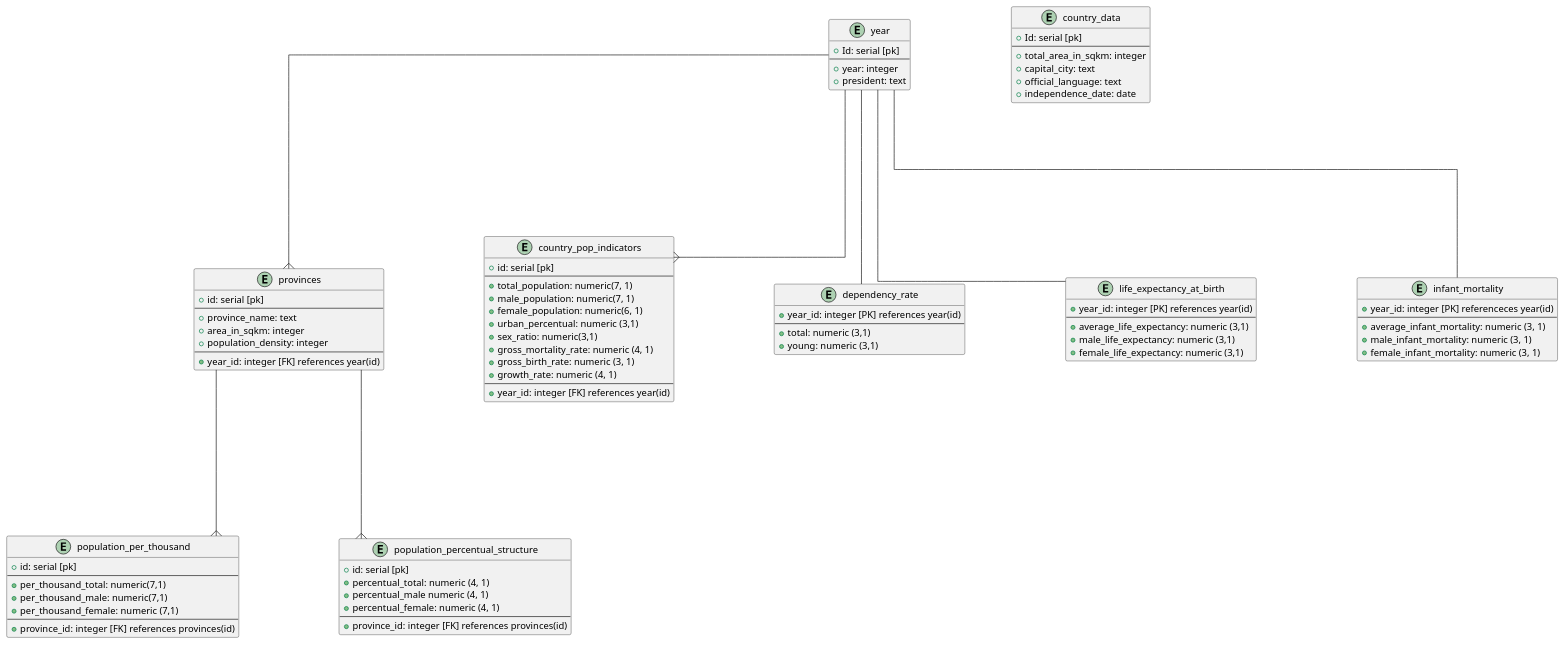
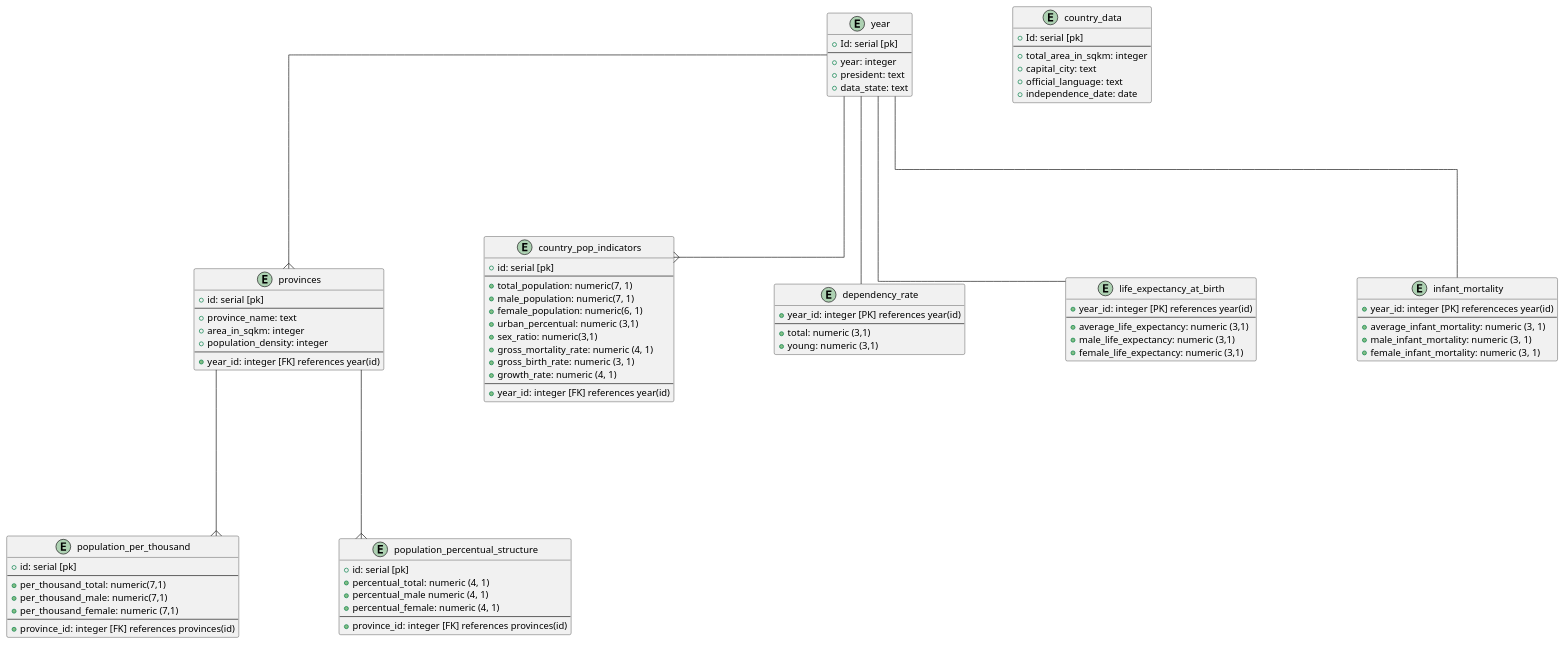
Before and after one commit to therakius/moz-demog-api: the diagram in dbschema.puml, drawn with PlantUML. The commit also changed 2 other files, not shown here.

```diff
--- a/dbschema.puml
+++ b/dbschema.puml
@@ -1,107 +1,108 @@
 @startuml moz_database
 skinparam {
     Nodesep 150
     Ranksep 200
     Linetype ortho
 }
 
 skinparam entity {
     BackgroundColor LightBlue
     FontSize 14
     ArrowThickness 1
 }
 
 entity year {
     + Id: serial [pk]
     --
     + year: integer
     + president: text
+    + data_state: text
 }
 
 entity country_data {
     + Id: serial [pk]
     --
     + total_area_in_sqkm: integer
     + capital_city: text
     + official_language: text
     + independence_date: date
 }
 
 entity provinces {
    + id: serial [pk]
    --
    + province_name: text
    + area_in_sqkm: integer
    + population_density: integer
    --
    + year_id: integer [FK] references year(id)
 }
 
 entity population_per_thousand{
     + id: serial [pk]
     --
     + per_thousand_total: numeric(7,1)
     + per_thousand_male: numeric(7,1)
     + per_thousand_female: numeric (7,1)
     --
     + province_id: integer [FK] references provinces(id)
 }
 
 entity population_percentual_structure {
     + id: serial [pk]
     + percentual_total: numeric (4, 1)
     + percentual_male numeric (4, 1)
     + percentual_female: numeric (4, 1)
     --
     + province_id: integer [FK] references provinces(id)
 }
 
 
 entity country_pop_indicators {
     + id: serial [pk]
     --
     + total_population: numeric(7, 1)
     + male_population: numeric(7, 1)
     + female_population: numeric(6, 1)
     + urban_percentual: numeric (3,1)
     + sex_ratio: numeric(3,1)
     + gross_mortality_rate: numeric (4, 1)
     + gross_birth_rate: numeric (3, 1)
     + growth_rate: numeric (4, 1)
     --
     + year_id: integer [FK] references year(id)
 }
 
 entity dependency_rate {
     + year_id: integer [PK] references year(id)
     --
     + total: numeric (3,1)
     + young: numeric (3,1)
 }
 
 entity life_expectancy_at_birth {
     + year_id: integer [PK] references year(id)
     --
     + average_life_expectancy: numeric (3,1)
     + male_life_expectancy: numeric (3,1)
     + female_life_expectancy: numeric (3,1)
 }
 
 entity infant_mortality {
     + year_id: integer [PK] referenceces year(id)
     --
     + average_infant_mortality: numeric (3, 1)
     + male_infant_mortality: numeric (3, 1)
     + female_infant_mortality: numeric (3, 1) 
 }
 
 'relashionships:
 year --{ provinces
 provinces --{ population_per_thousand
 provinces --{ population_percentual_structure
 year -- life_expectancy_at_birth
 year --{ country_pop_indicators
 year -- dependency_rate
 year -- infant_mortality
 
 @enduml
```
